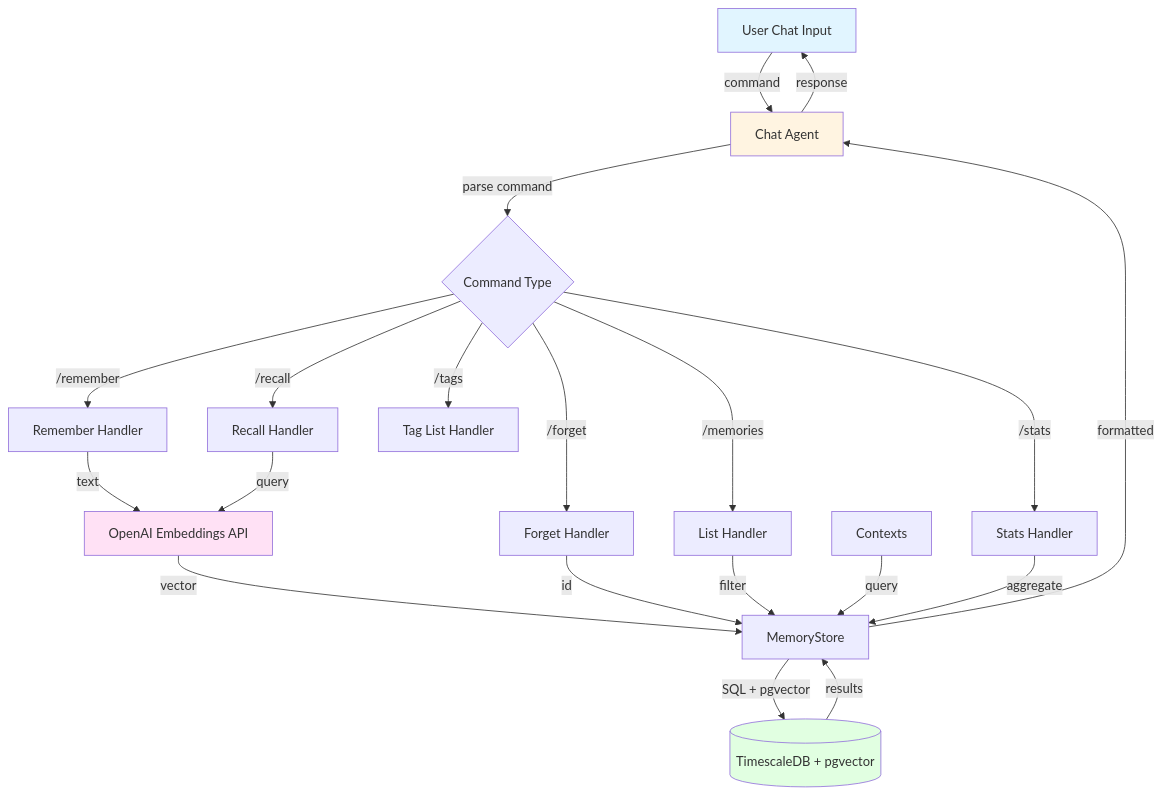
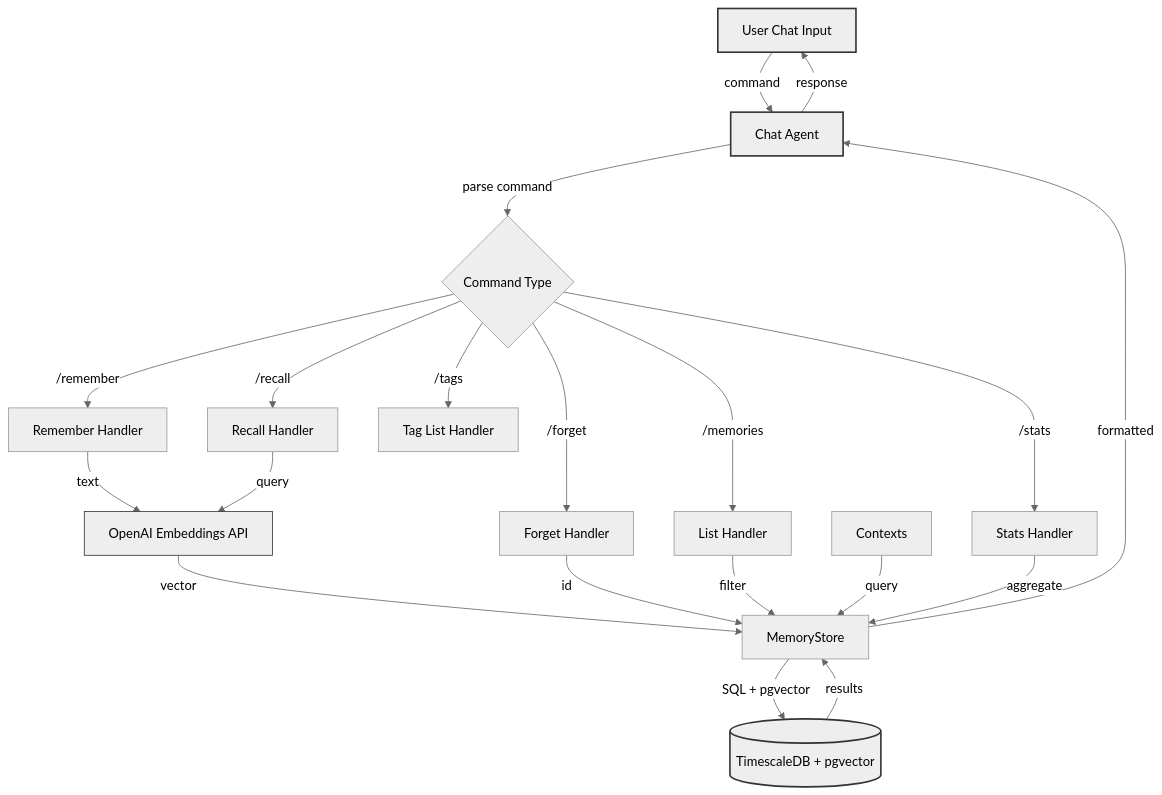
One commit to anchildress1/my-hermantic-agent changed the diagram in docs/agent-memory.md. Above: the diagram before and after it, drawn with Mermaid. The commit also changed 6 other files, not shown here.

First line of the commit message:
refactor: implement Pydantic Settings and enhance Mermaid diagrams

````diff
--- a/docs/agent-memory.md
+++ b/docs/agent-memory.md
@@ -13,32 +13,33 @@
 ```mermaid
+%%{init: {'theme': 'neutral'}}%%
 flowchart TB
     User[User Chat Input] -->|command| Agent[Chat Agent]
     Agent -->|parse command| Parser{Command Type}
 
     Parser -->|/remember| Remember[Remember Handler]
     Parser -->|/recall| Recall[Recall Handler]
     Parser -->|/forget| Forget[Forget Handler]
     Parser -->|/memories| List[List Handler]
     Parser -->|/tags| Tags[Tag List Handler]
     Parser -->|/stats| Stats[Stats Handler]
 
     Remember -->|text| OpenAI[OpenAI Embeddings API]
     Recall -->|query| OpenAI
 
     OpenAI -->|vector| Store[MemoryStore]
     Forget -->|id| Store
     List -->|filter| Store
     Contexts -->|query| Store
     Stats -->|aggregate| Store
 
     Store -->|SQL + pgvector| DB[(TimescaleDB + pgvector)]
 
     DB -->|results| Store
     Store -->|formatted| Agent
     Agent -->|response| User
 
-    style User fill:#e1f5ff
-    style Agent fill:#fff4e1
-    style OpenAI fill:#ffe1f5
-    style DB fill:#e1ffe1
+    style User stroke:#333,stroke-width:2px
+    style Agent stroke:#333,stroke-width:2px
+    style OpenAI stroke:#333,stroke-width:1px
+    style DB stroke:#333,stroke-width:2px
 ```
````
